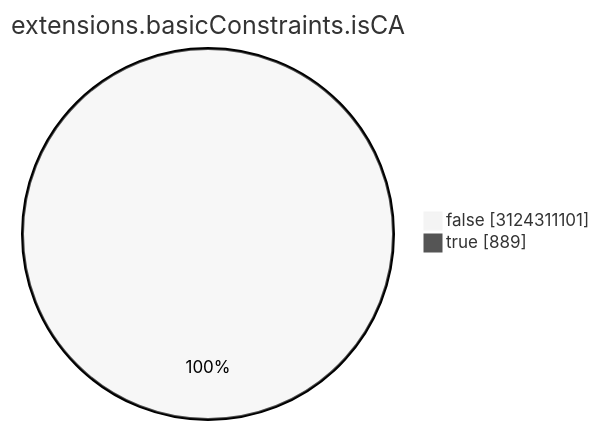
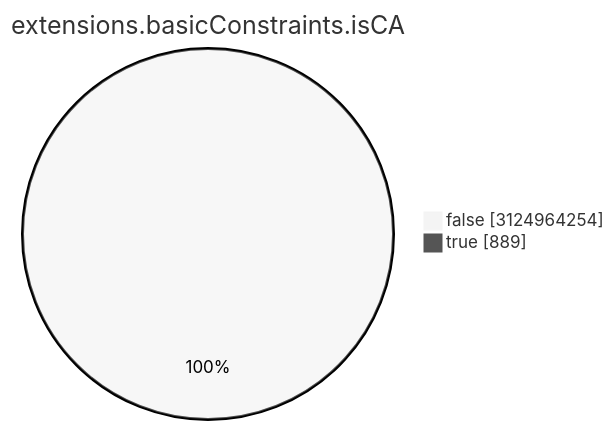
One commit to christiankrug/ctmonitor_visualization changed the seventh of 15 diagrams in TOTAL/README.md. Above: the diagram before and after it, drawn with Mermaid (neutral theme). The commit also changed other lines of this file, not shown here.

````diff
--- a/TOTAL/README.md
+++ b/TOTAL/README.md
@@ -3088,6 +3088,6 @@
 ```mermaid
 pie showData
 title extensions.basicConstraints.isCA
-"false" :3124311101
+"false" :3124964254
 "true" :889
 ```
````
